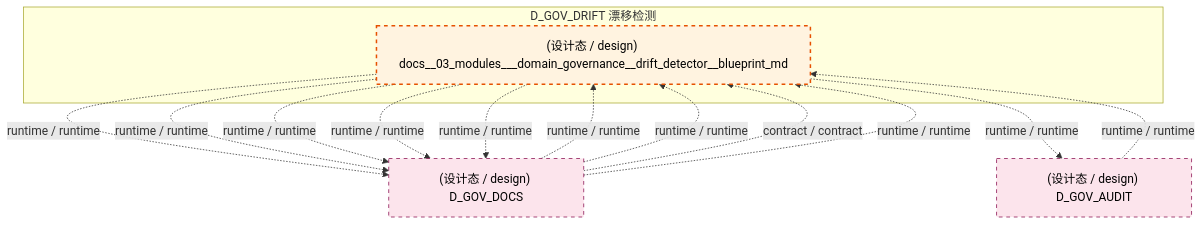
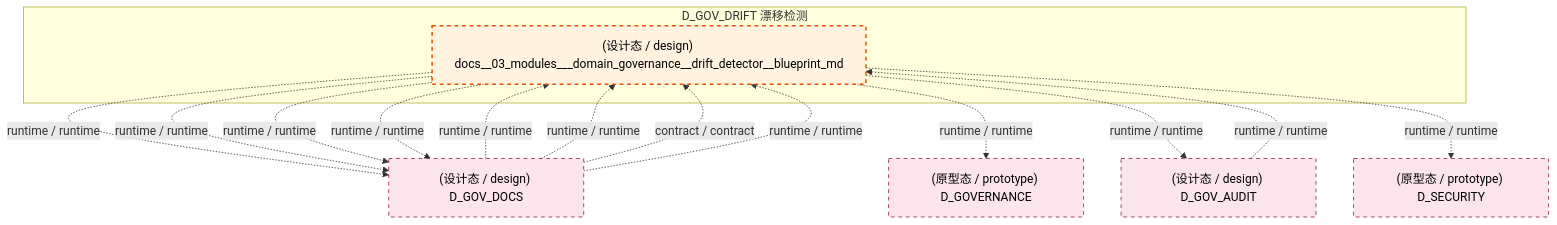
The fifth of 7 diagrams in docs/02_enterprise_architecture/02_domain_architecture_docs/41_d_gov_drift.md (xuanFelixVan/ZephyrAlpha), drawn with Mermaid before and after one commit. The commit also changed other lines of this file and 81 other files, not shown here.

````diff
--- a/docs/02_enterprise_architecture/02_domain_architecture_docs/41_d_gov_drift.md
+++ b/docs/02_enterprise_architecture/02_domain_architecture_docs/41_d_gov_drift.md
@@ -537,25 +537,28 @@
 ```mermaid
 graph TD
     subgraph D_GOV_DRIFT["D_GOV_DRIFT 漂移检测"]
         docs_03_modules_domain_governance_drift_detector_blueprint_md["(设计态 / design) docs__03_modules___domain_governance__drift_detector__blueprint_md"]
     end
     D_GOV_DOCS["(设计态 / design) D_GOV_DOCS"]
     docs_03_modules_domain_governance_drift_detector_blueprint_md -.->|runtime / runtime| D_GOV_DOCS
-    docs_03_modules_domain_governance_drift_detector_blueprint_md -.->|runtime / runtime| D_GOV_DOCS
+    D_GOVERNANCE["(原型态 / prototype) D_GOVERNANCE"]
+    docs_03_modules_domain_governance_drift_detector_blueprint_md -.->|runtime / runtime| D_GOVERNANCE
     D_GOV_AUDIT["(设计态 / design) D_GOV_AUDIT"]
     docs_03_modules_domain_governance_drift_detector_blueprint_md -.->|runtime / runtime| D_GOV_AUDIT
+    D_SECURITY["(原型态 / prototype) D_SECURITY"]
+    docs_03_modules_domain_governance_drift_detector_blueprint_md -.->|runtime / runtime| D_SECURITY
     docs_03_modules_domain_governance_drift_detector_blueprint_md -.->|runtime / runtime| D_GOV_DOCS
     docs_03_modules_domain_governance_drift_detector_blueprint_md -.->|runtime / runtime| D_GOV_DOCS
     docs_03_modules_domain_governance_drift_detector_blueprint_md -.->|runtime / runtime| D_GOV_DOCS
     D_GOV_AUDIT -.->|runtime / runtime| docs_03_modules_domain_governance_drift_detector_blueprint_md
     D_GOV_DOCS -.->|runtime / runtime| docs_03_modules_domain_governance_drift_detector_blueprint_md
     D_GOV_DOCS -.->|runtime / runtime| docs_03_modules_domain_governance_drift_detector_blueprint_md
     D_GOV_DOCS -.->|contract / contract| docs_03_modules_domain_governance_drift_detector_blueprint_md
     D_GOV_DOCS -.->|runtime / runtime| docs_03_modules_domain_governance_drift_detector_blueprint_md
     classDef production fill:#e1f5fe,stroke:#01579b,stroke-width:2px,color:#000
     classDef design fill:#fff3e0,stroke:#e65100,stroke-width:2px,color:#000,stroke-dasharray: 5 5
     classDef external_prod fill:#e8f5e9,stroke:#1b5e20,stroke-width:1px,color:#000
     classDef external_design fill:#fce4ec,stroke:#880e4f,stroke-width:1px,color:#000,stroke-dasharray: 5 5
     class docs_03_modules_domain_governance_drift_detector_blueprint_md design
-    class D_GOV_DOCS,D_GOV_AUDIT external_design
+    class D_GOV_DOCS,D_GOVERNANCE,D_GOV_AUDIT,D_SECURITY external_design
 ```
````
